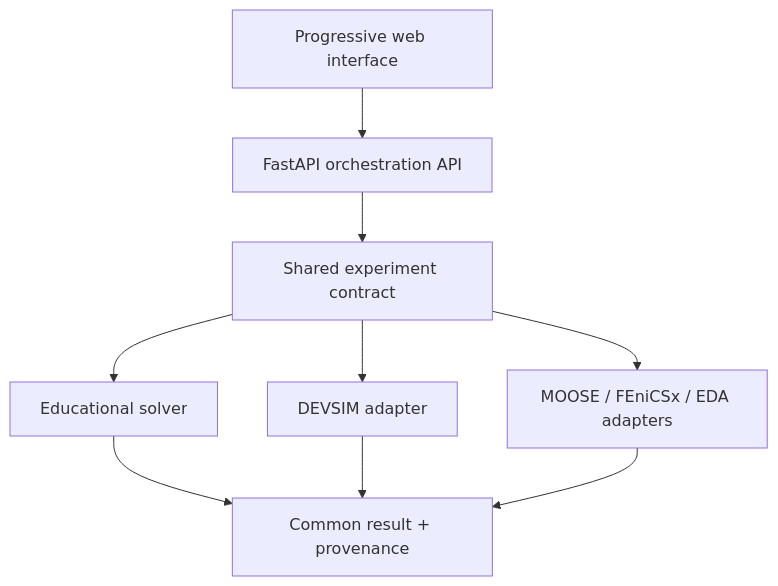
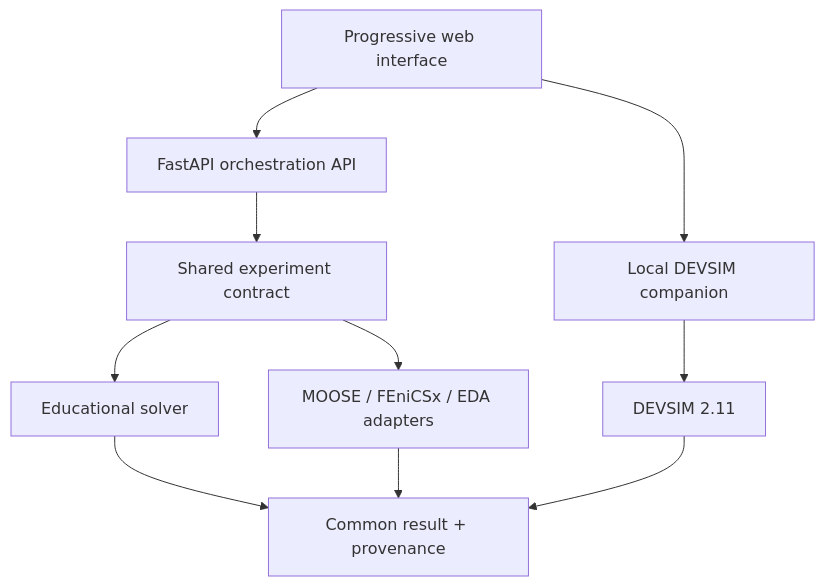
The diagram in README.md (tono88/OpenSemiLab), drawn with Mermaid before and after one commit. The commit also changed other lines of this file and 17 other files, not shown here.

First line of the commit message:
Implement local DEVSIM integration and validation

````diff
--- a/README.md
+++ b/README.md
@@ -52,11 +53,12 @@
 ```mermaid
 flowchart TD
     UI["Progressive web interface"] --> API["FastAPI orchestration API"]
+    UI --> LOCAL["Local DEVSIM companion"]
     API --> MODEL["Shared experiment contract"]
     MODEL --> EDU["Educational solver"]
-    MODEL --> DEV["DEVSIM adapter"]
+    LOCAL --> DEV["DEVSIM 2.11"]
     MODEL --> FUTURE["MOOSE / FEniCSx / EDA adapters"]
     EDU --> RESULT["Common result + provenance"]
     DEV --> RESULT
     FUTURE --> RESULT
 ```
````
